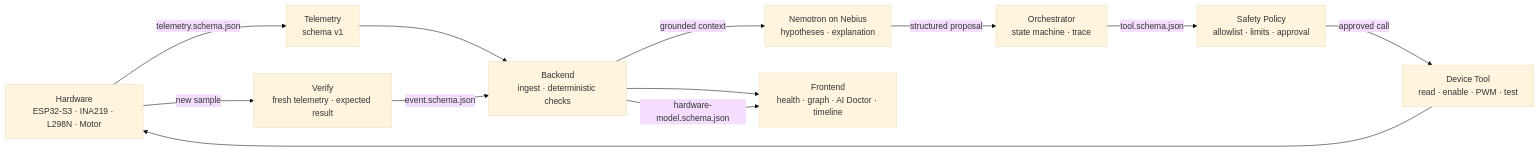
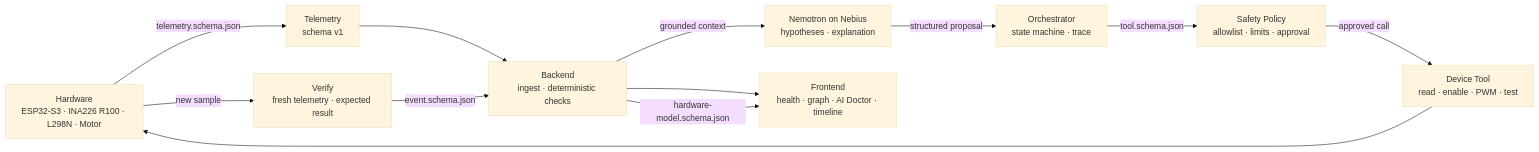
The first of 2 diagrams in docs/architecture.md (Little-Boy-z-NeXus/nexus-hardware-doctor), drawn with Mermaid (base theme) before and after one commit. The commit also changed 14 other files, not shown here.

Commit message:
fix: migrate MVP hardware contract to INA226

````diff
--- a/docs/architecture.md
+++ b/docs/architecture.md
@@ -7,24 +7,24 @@
 ```mermaid
 flowchart LR
-    HW["Hardware<br/>ESP32-S3 · INA219 · L298N · Motor"]
+    HW["Hardware<br/>ESP32-S3 · INA226 R100 · L298N · Motor"]
     TEL["Telemetry<br/>schema v1"]
     API["Backend<br/>ingest · deterministic checks"]
     LLM["Nemotron on Nebius<br/>hypotheses · explanation"]
     ORC["Orchestrator<br/>state machine · trace"]
     SAFE["Safety Policy<br/>allowlist · limits · approval"]
     TOOL["Device Tool<br/>read · enable · PWM · test"]
     VERIFY["Verify<br/>fresh telemetry · expected result"]
     UI["Frontend<br/>health · graph · AI Doctor · timeline"]
 
     HW -->|telemetry.schema.json| TEL
     TEL --> API
     API -->|grounded context| LLM
     LLM -->|structured proposal| ORC
     ORC -->|tool.schema.json| SAFE
     SAFE -->|approved call| TOOL
     TOOL --> HW
     HW -->|new sample| VERIFY
     VERIFY -->|event.schema.json| API
     API --> UI
     API -->|hardware-model.schema.json| UI
 ```
````
